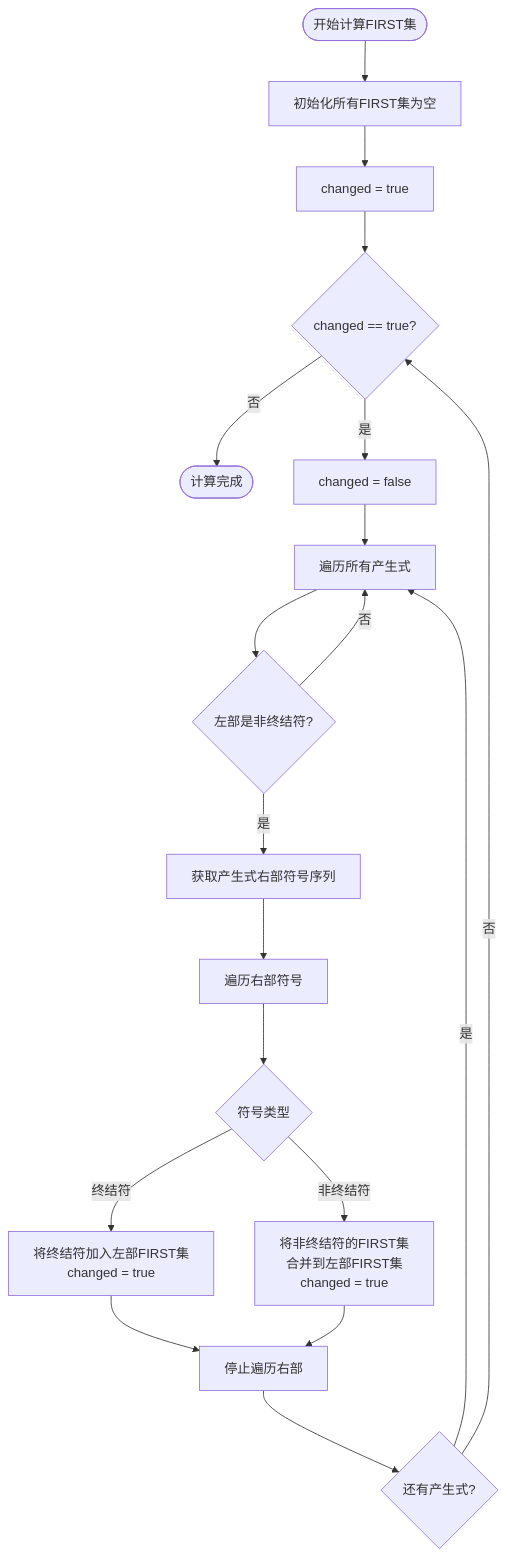
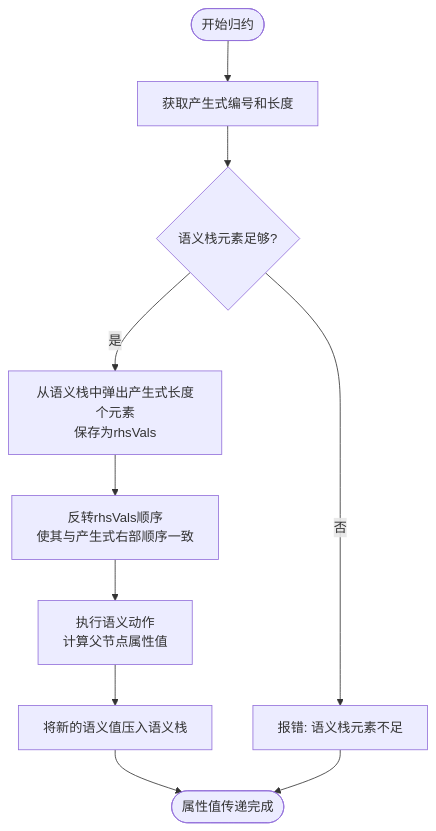
The second of 8 diagrams in README.md (zhengky-paper-account/-CF-OF-), drawn with Mermaid before and after one commit. The commit also changed other lines of this file, not shown here.

````diff
--- a/README.md
+++ b/README.md
@@ -52,21 +38,12 @@
 ```mermaid
 flowchart TD
-    开始([开始计算FIRST集]) --> 初始化[初始化所有FIRST集为空]
-    初始化 --> 设置标志[changed = true]
-    设置标志 --> 循环判断{changed == true?}
-    循环判断 -->|否| 完成([计算完成])
-    循环判断 -->|是| 设置标志2[changed = false]
-    设置标志2 --> 遍历产生式[遍历所有产生式]
-    遍历产生式 --> 检查左部{左部是非终结符?}
-    检查左部 -->|否| 遍历产生式
-    检查左部 -->|是| 获取右部[获取产生式右部符号序列]
-    获取右部 --> 遍历右部符号[遍历右部符号]
-    遍历右部符号 --> 检查符号类型{符号类型}
-    检查符号类型 -->|终结符| 加入FIRST[将终结符加入左部FIRST集<br/>changed = true]
-    检查符号类型 -->|非终结符| 合并FIRST[将非终结符的FIRST集<br/>合并到左部FIRST集<br/>changed = true]
-    加入FIRST --> 停止遍历[停止遍历右部]
-    合并FIRST --> 停止遍历
-    停止遍历 --> 检查下一个产生式{还有产生式?}
-    检查下一个产生式 -->|是| 遍历产生式
-    检查下一个产生式 -->|否| 循环判断
+    开始([开始归约]) --> 获取产生式[获取产生式编号和长度]
+    获取产生式 --> 检查栈元素{语义栈元素足够?}
+    检查栈元素 -->|否| 报错栈不足[报错: 语义栈元素不足]
+    检查栈元素 -->|是| 弹出元素[从语义栈中弹出产生式长度个元素<br/>保存为rhsVals]
+    弹出元素 --> 反转顺序[反转rhsVals顺序<br/>使其与产生式右部顺序一致]
+    反转顺序 --> 执行语义动作[执行语义动作<br/>计算父节点属性值]
+    执行语义动作 --> 压入新值[将新的语义值压入语义栈]
+    压入新值 --> 结束([属性值传递完成])
+    报错栈不足 --> 结束
 ```
````
